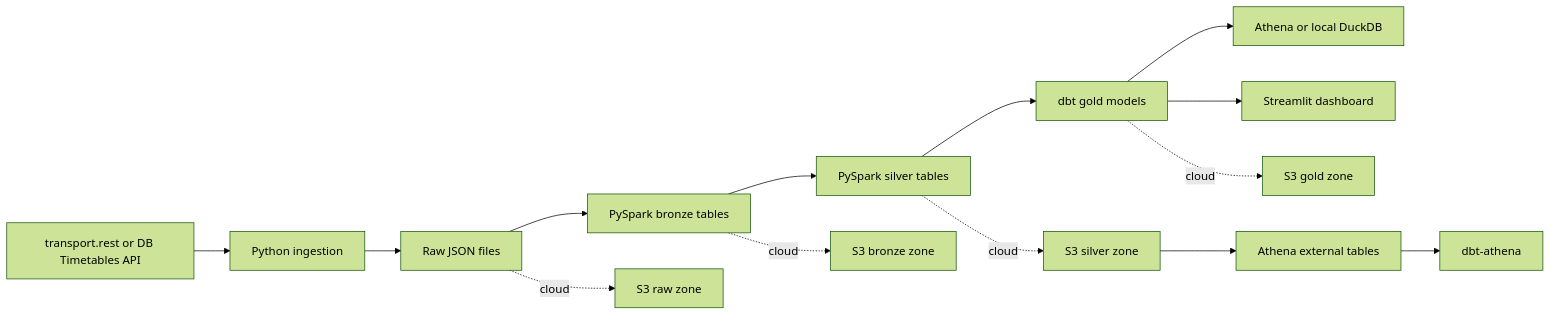
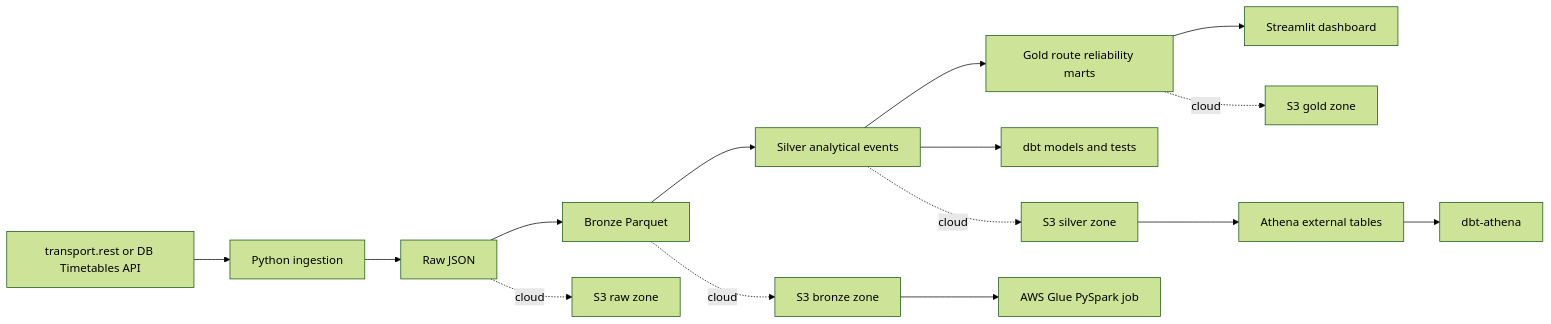
The diagram in README.md (Darpen24/DB-Train-Delay), drawn with Mermaid (forest theme) before and after one commit. The commit also changed other lines of this file and 17 other files, not shown here.

````diff
--- a/README.md
+++ b/README.md
@@ -19,17 +25,18 @@
 ```mermaid
 flowchart LR
     A["transport.rest or DB Timetables API"] --> B["Python ingestion"]
-    B --> C["Raw JSON files"]
-    C --> D["PySpark bronze tables"]
-    D --> E["PySpark silver tables"]
-    E --> F["dbt gold models"]
-    F --> G["Athena or local DuckDB"]
-    F --> H["Streamlit dashboard"]
+    B --> C["Raw JSON"]
+    C --> D["Bronze Parquet"]
+    D --> E["Silver analytical events"]
+    E --> F["Gold route reliability marts"]
+    F --> G["Streamlit dashboard"]
+    E --> H["dbt models and tests"]
 
     C -. cloud .-> S3R["S3 raw zone"]
     D -. cloud .-> S3B["S3 bronze zone"]
     E -. cloud .-> S3S["S3 silver zone"]
     F -. cloud .-> S3G["S3 gold zone"]
     S3S --> ATH["Athena external tables"]
     ATH --> DBT["dbt-athena"]
+    S3B --> GLUE["AWS Glue PySpark job"]
 ```
````
